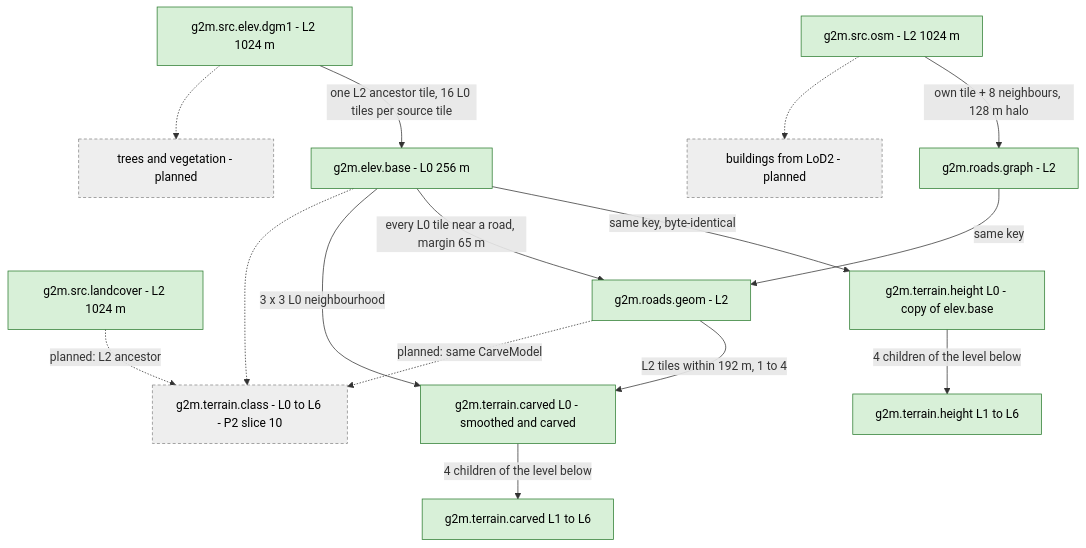
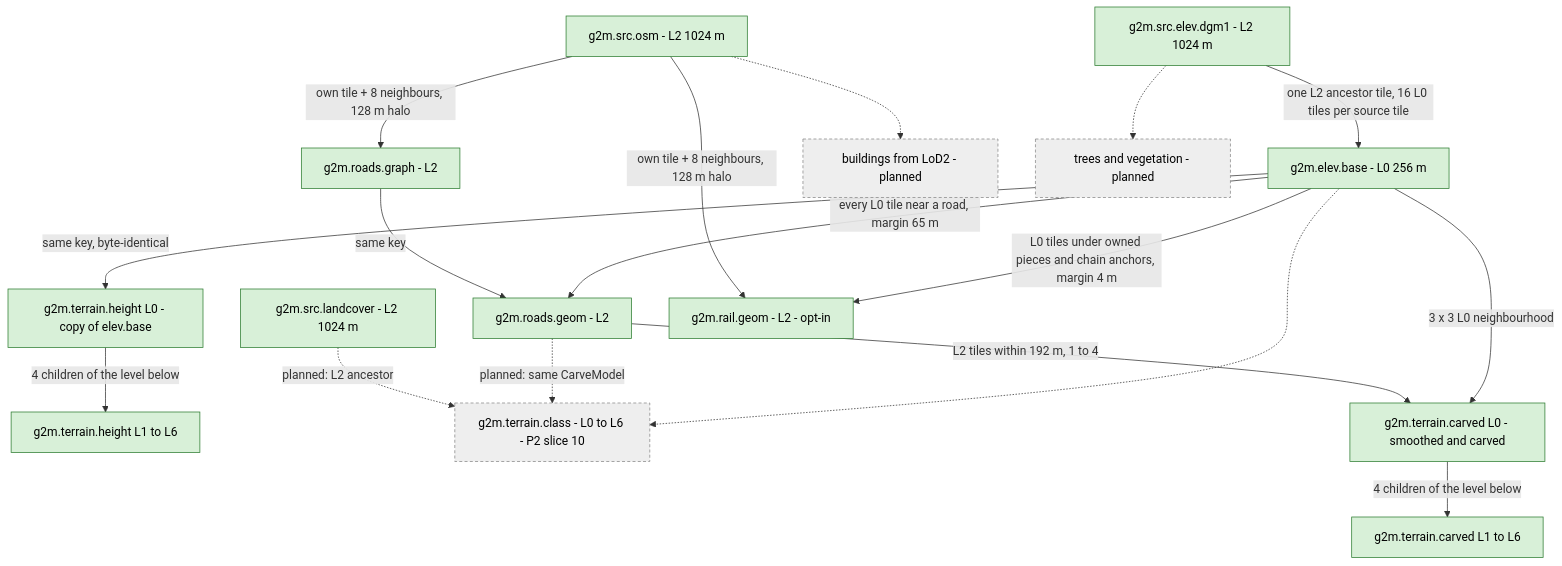
The second of 4 diagrams in docs/pipeline/README.md (SebastianDanielFrenz/geo2map_engine), drawn with Mermaid before and after one commit. The commit also changed other lines of this file and 36 other files, not shown here.

First line of the commit message:
Railways R1/R2: g2m.rail.geom v1, an opt-in level-2 layer (decision G2M-026)

````diff
--- a/docs/pipeline/README.md
+++ b/docs/pipeline/README.md
@@ -165,36 +178,39 @@
 ```mermaid
 flowchart TD
   OSM["g2m.src.osm - L2 1024 m"]
   DEM["g2m.src.elev.dgm1 - L2 1024 m"]
   LC["g2m.src.landcover - L2 1024 m"]
   EB["g2m.elev.base - L0 256 m"]
   H0["g2m.terrain.height L0 - copy of elev.base"]
   H1["g2m.terrain.height L1 to L6"]
   RG["g2m.roads.graph - L2"]
   RM["g2m.roads.geom - L2"]
+  RL["g2m.rail.geom - L2 - opt-in"]
   TC["g2m.terrain.class - L0 to L6 - P2 slice 10"]
   CARVE["g2m.terrain.carved L0 - smoothed and carved"]
   CARVE1["g2m.terrain.carved L1 to L6"]
   BLD["buildings from LoD2 - planned"]
   TRE["trees and vegetation - planned"]
 
   DEM -->|"one L2 ancestor tile, 16 L0 tiles per source tile"| EB
   EB -->|"same key, byte-identical"| H0
   H0 -->|"4 children of the level below"| H1
   OSM -->|"own tile + 8 neighbours, 128 m halo"| RG
   RG -->|"same key"| RM
+  OSM -->|"own tile + 8 neighbours, 128 m halo"| RL
+  EB -->|"L0 tiles under owned pieces and chain anchors, margin 4 m"| RL
   EB -->|"every L0 tile near a road, margin 65 m"| RM
   LC -.->|"planned: L2 ancestor"| TC
   RM -->|"L2 tiles within 192 m, 1 to 4"| CARVE
   EB -->|"3 x 3 L0 neighbourhood"| CARVE
   CARVE -->|"4 children of the level below"| CARVE1
   RM -.->|"planned: same CarveModel"| TC
   EB -.-> TC
   OSM -.-> BLD
   DEM -.-> TRE
 
   classDef done fill:#d8f0d8,stroke:#2e7d32,color:#000;
   classDef plan fill:#eeeeee,stroke:#888888,stroke-dasharray:4 3,color:#000;
-  class OSM,DEM,LC,EB,H0,H1,RG,RM,CARVE,CARVE1 done;
+  class OSM,DEM,LC,EB,H0,H1,RG,RM,RL,CARVE,CARVE1 done;
   class TC,BLD,TRE plan;
 ```
````
